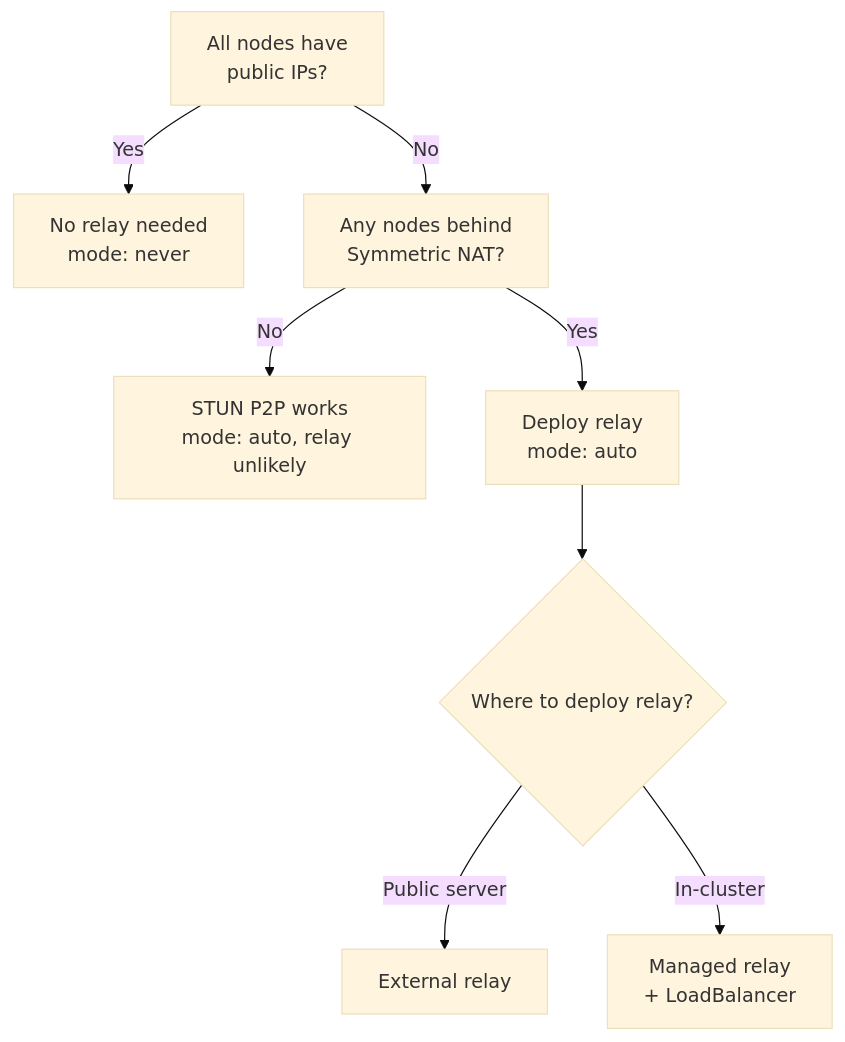
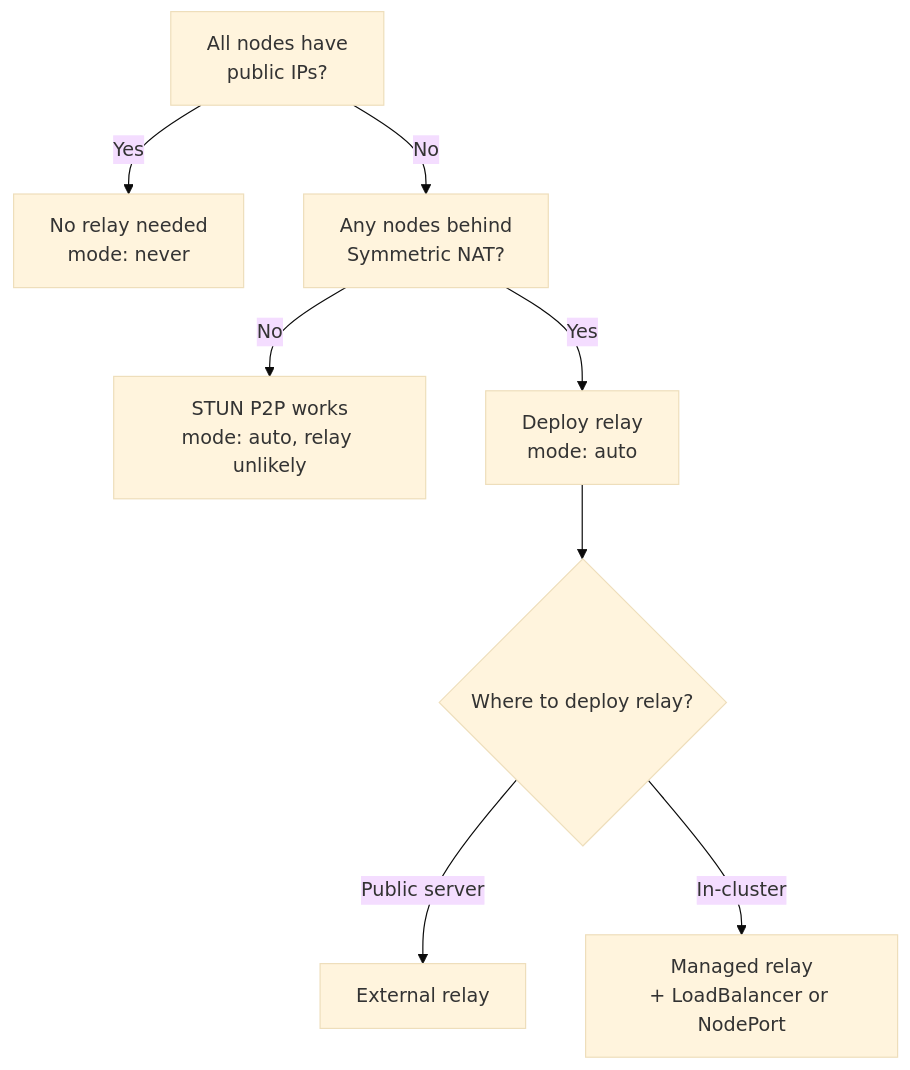
One commit to inerplat/wirekube changed the sixth of 6 diagrams in docs/operations/topologies.md. Above: the diagram before and after it, drawn with Mermaid (base theme). The commit also changed other lines of this file and 20 other files, not shown here.

````diff
--- a/docs/operations/topologies.md
+++ b/docs/operations/topologies.md
@@ -133,10 +140,10 @@
 ```mermaid
 graph TD
     A[All nodes have<br/>public IPs?] -->|Yes| B[No relay needed<br/>mode: never]
     A -->|No| C[Any nodes behind<br/>Symmetric NAT?]
     C -->|No| D[STUN P2P works<br/>mode: auto, relay unlikely]
     C -->|Yes| E[Deploy relay<br/>mode: auto]
     E --> F{Where to deploy relay?}
     F -->|Public server| G[External relay]
-    F -->|In-cluster| H[Managed relay<br/>+ LoadBalancer]
+    F -->|In-cluster| H[Managed relay<br/>+ LoadBalancer or NodePort]
 ```
````
